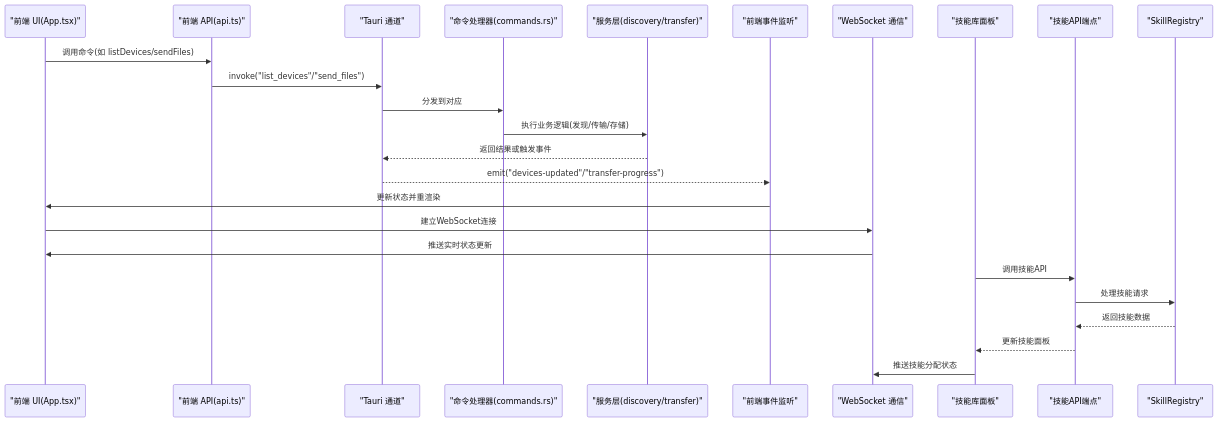
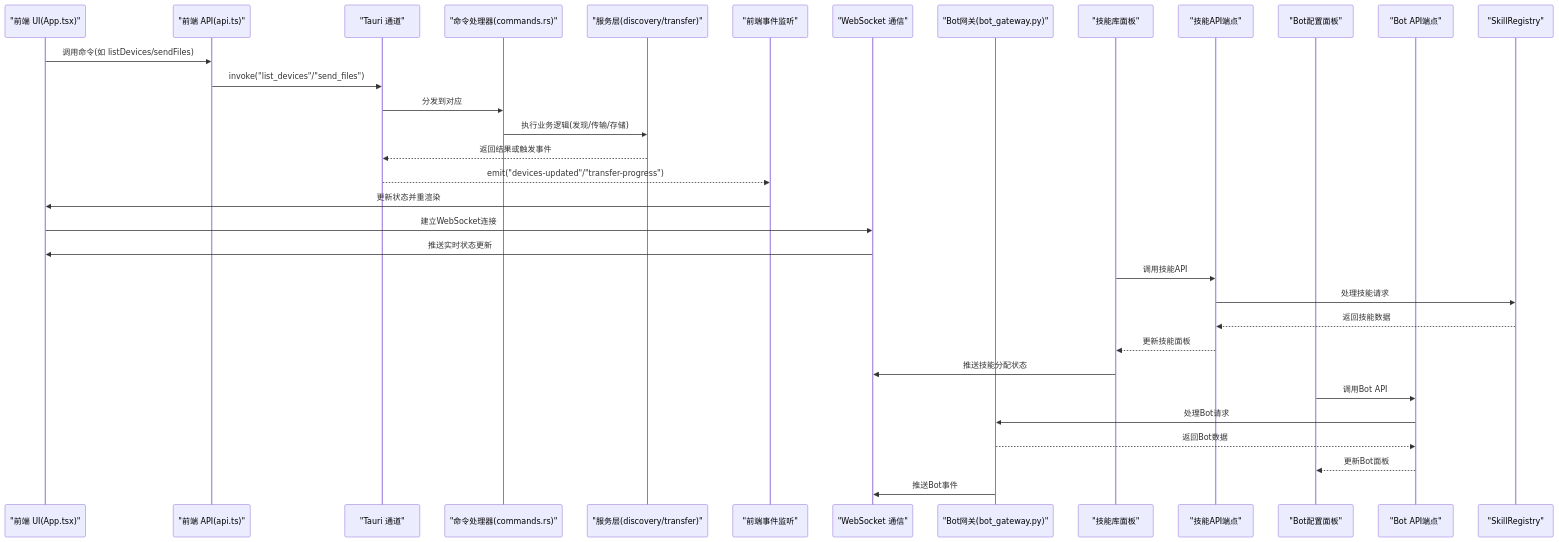
One commit to targalian/Personal-distributed-workstation changed the second of 5 diagrams in .qoder/repowiki/zh/content/前端应用架构/前端应用架构.md. Above: the diagram before and after it, drawn with Mermaid. The commit also changed other lines of this file and 85 other files, not shown here.

````diff
--- a/.qoder/repowiki/zh/content/前端应用架构/前端应用架构.md
+++ b/.qoder/repowiki/zh/content/前端应用架构/前端应用架构.md
@@ -197,27 +223,35 @@
 ```mermaid
 sequenceDiagram
 participant UI as "前端 UI(App.tsx)"
 participant API as "前端 API(api.ts)"
 participant Tauri as "Tauri 通道"
 participant Cmd as "命令处理器(commands.rs)"
 participant Svc as "服务层(discovery/transfer)"
 participant FEvt as "前端事件监听"
 participant WS as "WebSocket 通信"
+participant BotGW as "Bot网关(bot_gateway.py)"
 participant SkillsPanel as "技能库面板"
 participant SkillsAPI as "技能API端点"
+participant BotPanel as "Bot配置面板"
+participant BotAPI as "Bot API端点"
 participant SkillRegistry as "SkillRegistry"
 UI->>API : 调用命令(如 listDevices/sendFiles)
 API->>Tauri : invoke("list_devices"/"send_files")
 Tauri->>Cmd : 分发到对应 #[tauri : : command]
 Cmd->>Svc : 执行业务逻辑(发现/传输/存储)
 Svc-->>Tauri : 返回结果或触发事件
 Tauri-->>FEvt : emit("devices-updated"/"transfer-progress")
 FEvt->>UI : 更新状态并重渲染
 UI->>WS : 建立WebSocket连接
 WS->>UI : 推送实时状态更新
 SkillsPanel->>SkillsAPI : 调用技能API
 SkillsAPI->>SkillRegistry : 处理技能请求
 SkillRegistry-->>SkillsAPI : 返回技能数据
 SkillsAPI-->>SkillsPanel : 更新技能面板
 SkillsPanel->>WS : 推送技能分配状态
+BotPanel->>BotAPI : 调用Bot API
+BotAPI->>BotGW : 处理Bot请求
+BotGW-->>BotAPI : 返回Bot数据
+BotAPI-->>BotPanel : 更新Bot面板
+BotGW->>WS : 推送Bot事件
 ```
````
